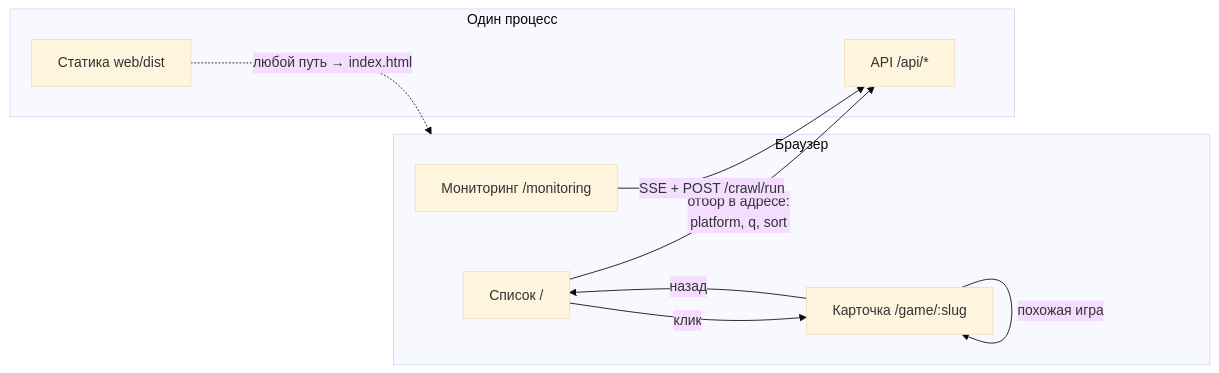
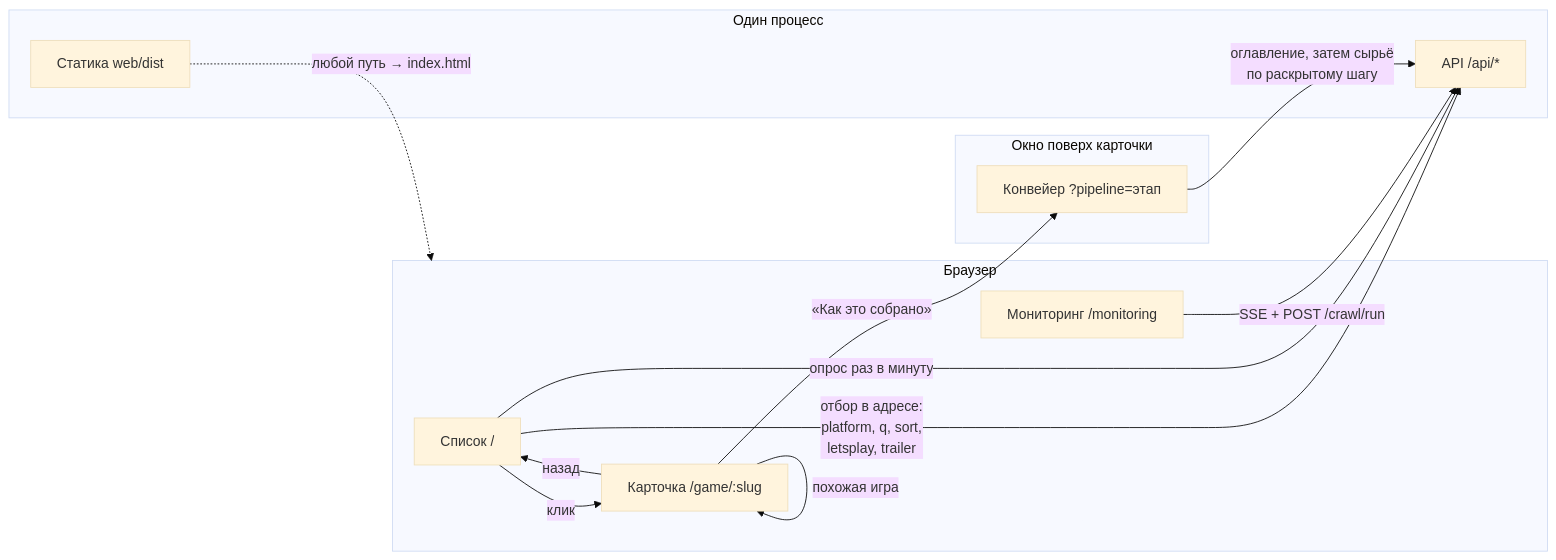
One commit to docxi-org/mcwatch changed the ninth of 9 diagrams in README.md. Above: the diagram before and after it, drawn with Mermaid (base theme). The commit also changed other lines of this file, not shown here.

First line of the commit message:
README: конвейер, живая главная и новые команды

````diff
--- a/README.md
+++ b/README.md
@@ -311,20 +359,27 @@
 ```mermaid
 flowchart LR
     subgraph browser["Браузер"]
         L["Список /"]
         G["Карточка /game/:slug"]
         M["Мониторинг /monitoring"]
     end
 
     subgraph api["Один процесс"]
         S["Статика web/dist"]
         A["API /api/*"]
     end
 
-    L -->|"отбор в адресе:<br/>platform, q, sort"| A
+    subgraph browser2["Окно поверх карточки"]
+        P["Конвейер ?pipeline=этап"]
+    end
+
+    L -->|"отбор в адресе:<br/>platform, q, sort,<br/>letsplay, trailer"| A
+    L -->|"опрос раз в минуту"| A
     L -->|клик| G
     G -->|похожая игра| G
     G -->|назад| L
+    G -->|"«Как это собрано»"| P
+    P -->|"оглавление, затем сырьё<br/>по раскрытому шагу"| A
     M -->|"SSE + POST /crawl/run"| A
     S -.->|"любой путь → index.html"| browser
 ```
````
